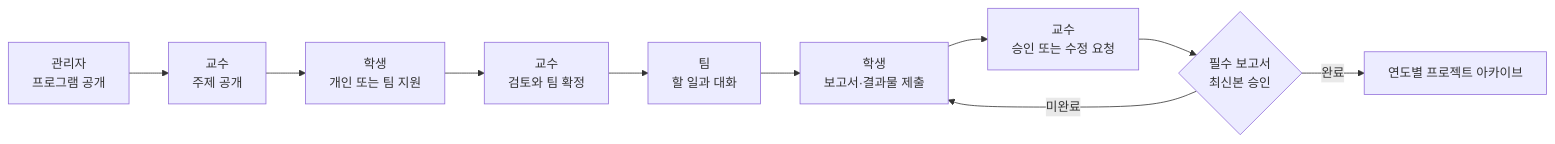
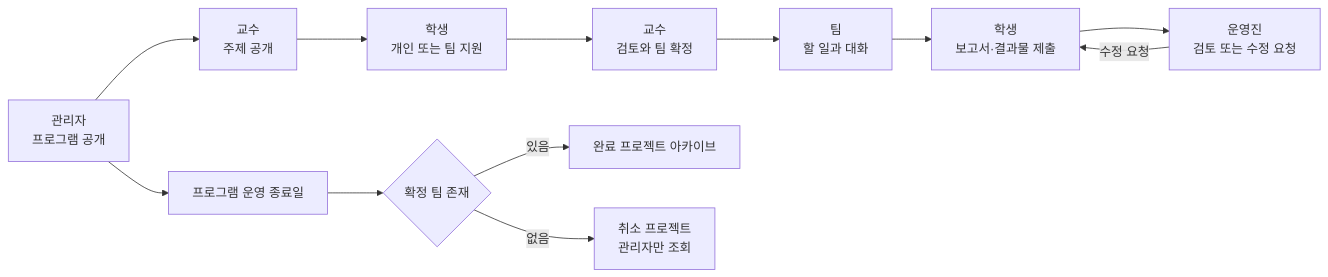
The third of 3 diagrams in README.md (2026-PNU-AI-StudyGroup/2026-pnuai-studygroup-01), drawn with Mermaid before and after one commit. The commit also changed other lines of this file and 50 other files, not shown here.

````diff
--- a/README.md
+++ b/README.md
@@ -99,12 +102,14 @@
 ```mermaid
 flowchart LR
     Program["관리자<br/>프로그램 공개"] --> Topic["교수<br/>주제 공개"]
     Topic --> Apply["학생<br/>개인 또는 팀 지원"]
     Apply --> Confirm["교수<br/>검토와 팀 확정"]
     Confirm --> Work["팀<br/>할 일과 대화"]
     Work --> Submit["학생<br/>보고서·결과물 제출"]
-    Submit --> Review["교수<br/>승인 또는 수정 요청"]
-    Review --> Close{"필수 보고서<br/>최신본 승인"}
-    Close -->|완료| Archive["연도별 프로젝트 아카이브"]
-    Close -->|미완료| Submit
+    Submit --> Review["운영진<br/>검토 또는 수정 요청"]
+    Review -->|수정 요청| Submit
+    Program --> End["프로그램 운영 종료일"]
+    End --> Closed{"확정 팀 존재"}
+    Closed -->|있음| Archive["완료 프로젝트 아카이브"]
+    Closed -->|없음| Canceled["취소 프로젝트<br/>관리자만 조회"]
 ```
````
